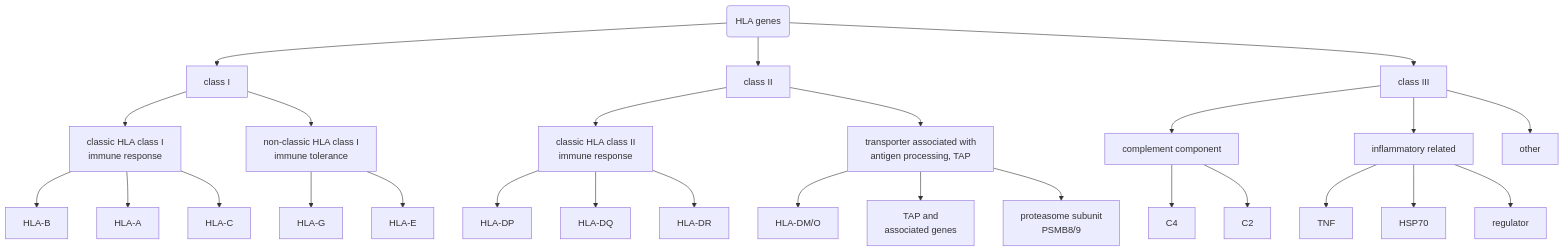
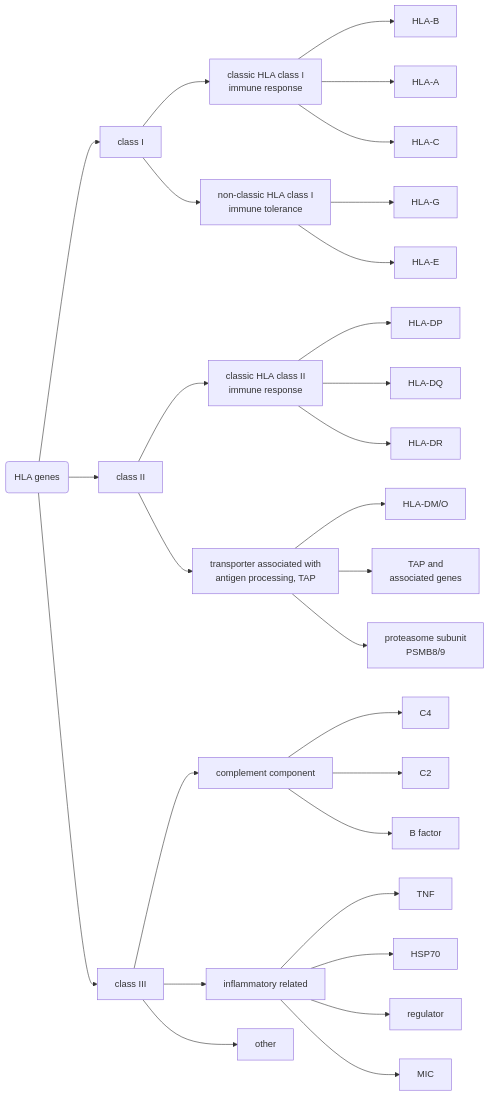
Before and after one commit to gxf1212/notes: the fourth of 4 diagrams in course/molecular-immunology/molecular-immunology.md, drawn with Mermaid. The commit also changed other lines of this file and 9 other files, not shown here.

````diff
--- a/course/molecular-immunology/molecular-immunology.md
+++ b/course/molecular-immunology/molecular-immunology.md
@@ -894,29 +896,31 @@
 ```mermaid
-graph TD
+graph LR
 hla --> 1[class I]
 hla(HLA genes) --> 2[class II]
 hla --> 3[class III]
 1 --> 1c[classic HLA class I <br/> immune response]
 1c --> 1cb[HLA-B]
 1c --> 1ca[HLA-A]
 1c --> 1cc[HLA-C]
 1 --> 1n[non-classic HLA class I <br/> immune tolerance]
 1n --> 1ng[HLA-G]
 1n --> 1nE[HLA-E]
 2 --> 2c[classic HLA class II <br/> immune response]
 2c --> 2cp[HLA-DP]
 2c --> 2cq[HLA-DQ]
 2c --> 2cr[HLA-DR]
 2 --> 2n[transporter associated with <br/> antigen processing, TAP]
 2n --> dm[HLA-DM/O]
 2n --> tap[TAP and <br/> associated genes]
 2n --> psm[proteasome subunit <br/> PSMB8/9]
 3 --> 31[complement component]
 31 --> C4
 31 --> C2
+31 --> b[B factor]
 3 --> 32[inflammatory related]
 32 --> TNF
 32 --> HSP70
 32 --> regulator
+32 --> MIC
 3 --> 33[other]
 ```
````
